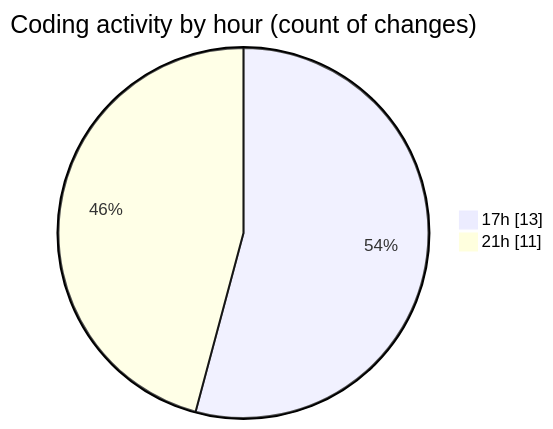
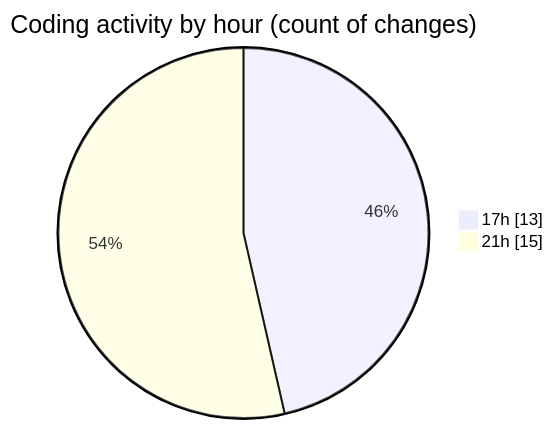
Before and after one commit to Unknowalive/code-tracking: the second of 2 diagrams in 2026-07-03/researchlens/README.md, drawn with Mermaid. The commit also changed other lines of this file and 1 other file, not shown here.

````diff
--- a/2026-07-03/researchlens/README.md
+++ b/2026-07-03/researchlens/README.md
@@ -44,6 +45,6 @@
 ```mermaid
 pie showData
 title Coding activity by hour (count of changes)
 "17h" : 13
-"21h" : 11
+"21h" : 15
 ```
````
